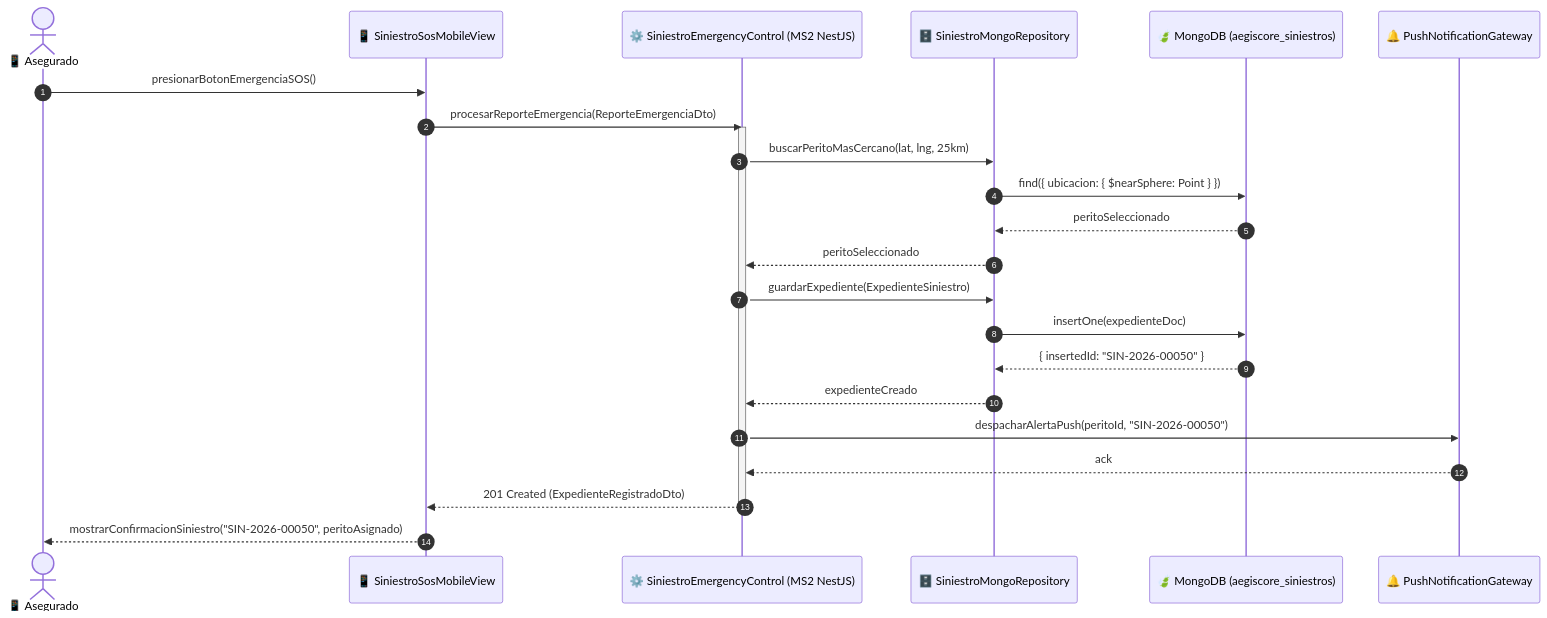
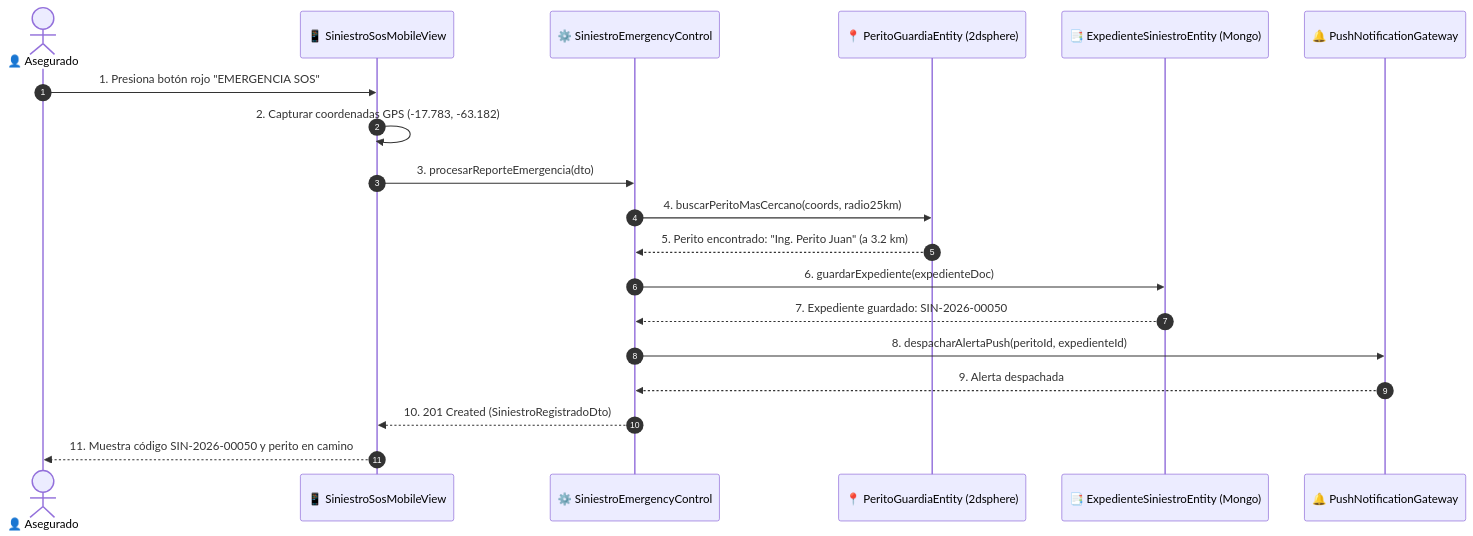
Before and after one commit to DiegoxdGarcia2/2doParcialSW2: the eighth of 16 diagrams in docs/FASE_3_DOCUMENTACION_ICONIX_PERFIL_B.md, drawn with Mermaid. The commit also changed other lines of this file and 11 other files, not shown here.

Commit message:
docs(iconix): documentacion integral del sistema completo AegisCore AI (CU01-CU15) y base de datos nativa Enterprise Architect 17.2 (.qea) con conectores y mensajes corregidos

````diff
--- a/docs/FASE_3_DOCUMENTACION_ICONIX_PERFIL_B.md
+++ b/docs/FASE_3_DOCUMENTACION_ICONIX_PERFIL_B.md
@@ -643,27 +1034,22 @@
 ```mermaid
 sequenceDiagram
     autonumber
-    actor CLI as 📱 Asegurado
-    participant BND as 📱 SiniestroSosMobileView
-    participant CTRL as ⚙️ SiniestroEmergencyControl (MS2 NestJS)
-    participant REPO as 🗄️ SiniestroMongoRepository
-    participant DB as 🍃 MongoDB (aegiscore_siniestros)
-    participant FCM as 🔔 PushNotificationGateway
+    actor Asegurado as 👤 Asegurado
+    participant MobileView as 📱 SiniestroSosMobileView
+    participant Control as ⚙️ SiniestroEmergencyControl
+    participant PeritoEntity as 📍 PeritoGuardiaEntity (2dsphere)
+    participant ClaimEntity as 📑 ExpedienteSiniestroEntity (Mongo)
+    participant PushGw as 🔔 PushNotificationGateway
 
-    CLI->>BND: presionarBotonEmergenciaSOS()
-    BND->>CTRL: procesarReporteEmergencia(ReporteEmergenciaDto)
-    activate CTRL
-    CTRL->>REPO: buscarPeritoMasCercano(lat, lng, 25km)
-    REPO->>DB: find({ ubicacion: { $nearSphere: Point } })
-    DB-->>REPO: peritoSeleccionado
-    REPO-->>CTRL: peritoSeleccionado
-    CTRL->>REPO: guardarExpediente(ExpedienteSiniestro)
-    REPO->>DB: insertOne(expedienteDoc)
-    DB-->>REPO: { insertedId: "SIN-2026-00050" }
-    REPO-->>CTRL: expedienteCreado
-    CTRL->>FCM: despacharAlertaPush(peritoId, "SIN-2026-00050")
-    FCM-->>CTRL: ack
-    CTRL-->>BND: 201 Created (ExpedienteRegistradoDto)
-    deactivate CTRL
-    BND-->>CLI: mostrarConfirmacionSiniestro("SIN-2026-00050", peritoAsignado)
+    Asegurado->>MobileView: 1. Presiona botón rojo "EMERGENCIA SOS"
+    MobileView->>MobileView: 2. Capturar coordenadas GPS (-17.783, -63.182)
+    MobileView->>Control: 3. procesarReporteEmergencia(dto)
+    Control->>PeritoEntity: 4. buscarPeritoMasCercano(coords, radio25km)
+    PeritoEntity-->>Control: 5. Perito encontrado: "Ing. Perito Juan" (a 3.2 km)
+    Control->>ClaimEntity: 6. guardarExpediente(expedienteDoc)
+    ClaimEntity-->>Control: 7. Expediente guardado: SIN-2026-00050
+    Control->>PushGw: 8. despacharAlertaPush(peritoId, expedienteId)
+    PushGw-->>Control: 9. Alerta despachada
+    Control-->>MobileView: 10. 201 Created (SiniestroRegistradoDto)
+    MobileView-->>Asegurado: 11. Muestra código SIN-2026-00050 y perito en camino
 ```
````
